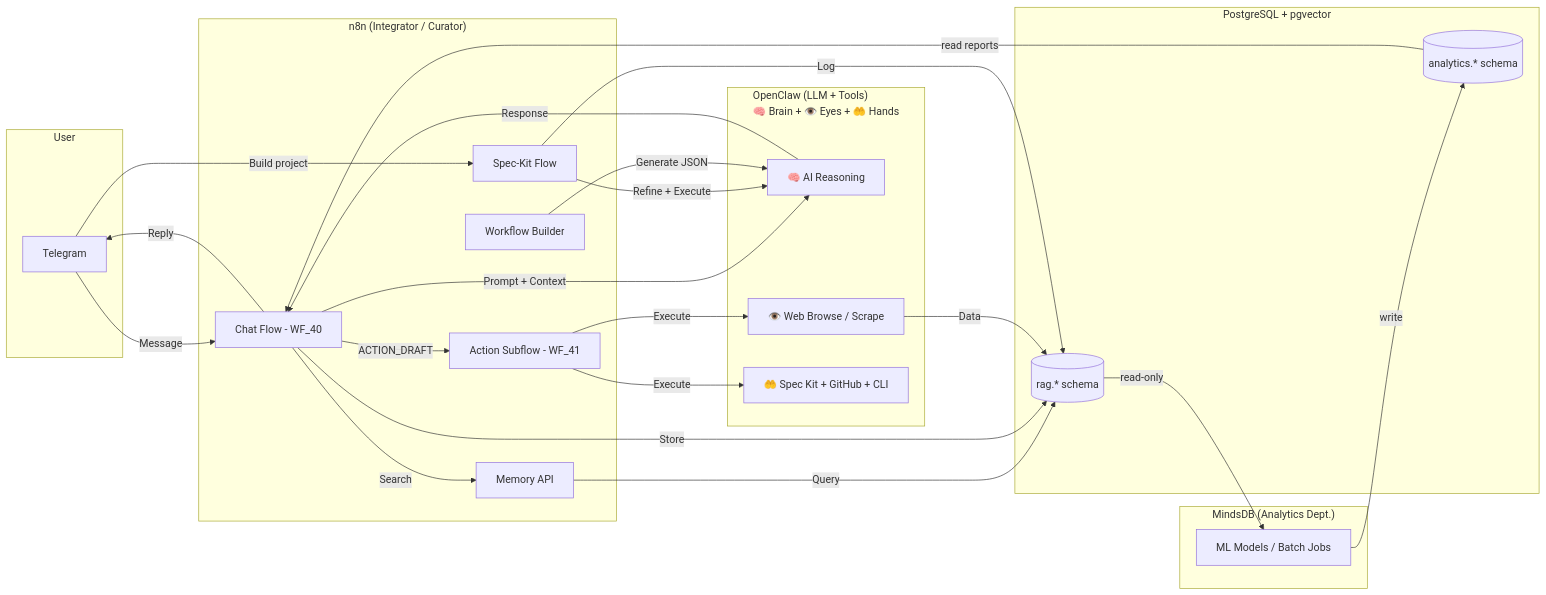
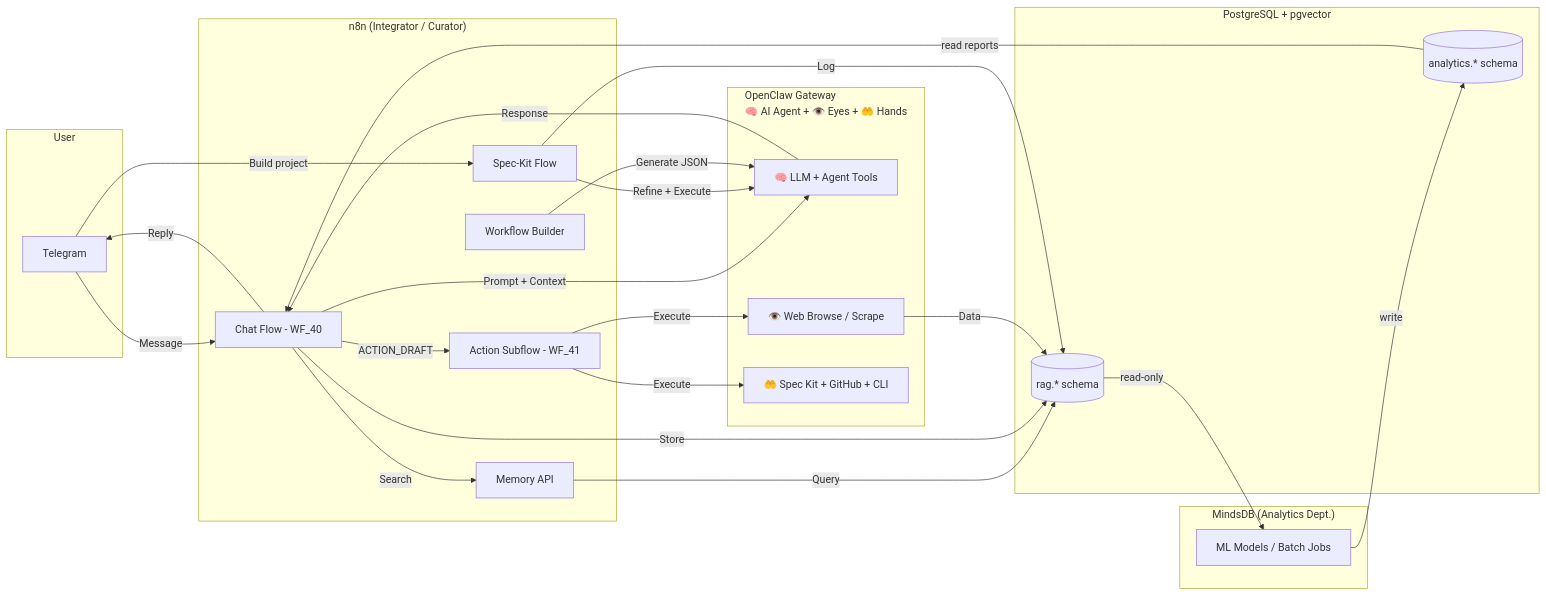
The diagram in README.md (HonzaHezina/janAGI), drawn with Mermaid before and after one commit. The commit also changed other lines of this file and 6 other files, not shown here.

First line of the commit message:
docs: OpenClaw is self-hosted AI agent gateway, not LLM model

````diff
--- a/README.md
+++ b/README.md
@@ -26,53 +28,53 @@
 ```mermaid
 flowchart LR
   subgraph User
     TG[Telegram]
   end
 
   subgraph Integrator["n8n (Integrator / Curator)"]
     CHAT[Chat Flow - WF_40]
     ACTION[Action Subflow - WF_41]
     SPEC[Spec-Kit Flow]
     MEM_API[Memory API]
     BUILDER[Workflow Builder]
   end
 
   subgraph Data["PostgreSQL + pgvector"]
     RAG[(rag.* schema)]
     ANA[(analytics.* schema)]
   end
 
-  subgraph Agent["OpenClaw (LLM + Tools)
-  🧠 Brain + 👁️ Eyes + 🤲 Hands"]
-    LLM[🧠 AI Reasoning]
+  subgraph Agent["OpenClaw Gateway
+  🧠 AI Agent + 👁️ Eyes + 🤲 Hands"]
+    LLM[🧠 LLM + Agent Tools]
     WEB[👁️ Web Browse / Scrape]
     TOOLS[🤲 Spec Kit + GitHub + CLI]
   end
 
   subgraph Analytics["MindsDB (Analytics Dept.)"]
     ML[ML Models / Batch Jobs]
   end
 
   TG -->|Message| CHAT
   CHAT -->|Search| MEM_API
   MEM_API -->|Query| RAG
   CHAT -->|Prompt + Context| LLM
   LLM -->|Response| CHAT
   CHAT -->|Store| RAG
   CHAT -->|Reply| TG
 
   CHAT -->|ACTION_DRAFT| ACTION
   ACTION -->|Execute| WEB
   ACTION -->|Execute| TOOLS
   WEB -->|Data| RAG
 
   TG -->|"Build project"| SPEC
   SPEC -->|Refine + Execute| LLM
   SPEC -->|Log| RAG
 
   BUILDER -->|Generate JSON| LLM
 
   RAG -->|read-only| ML
   ML -->|write| ANA
   ANA -->|read reports| CHAT
 ```
````
